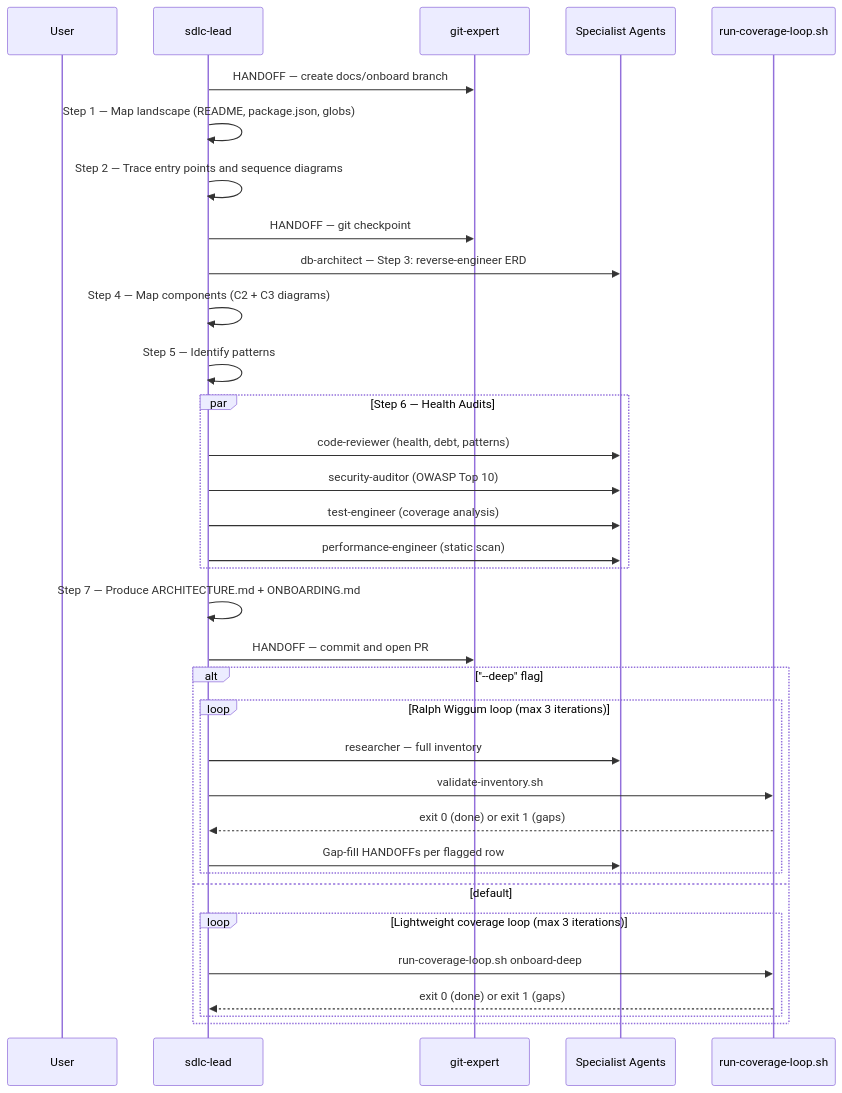
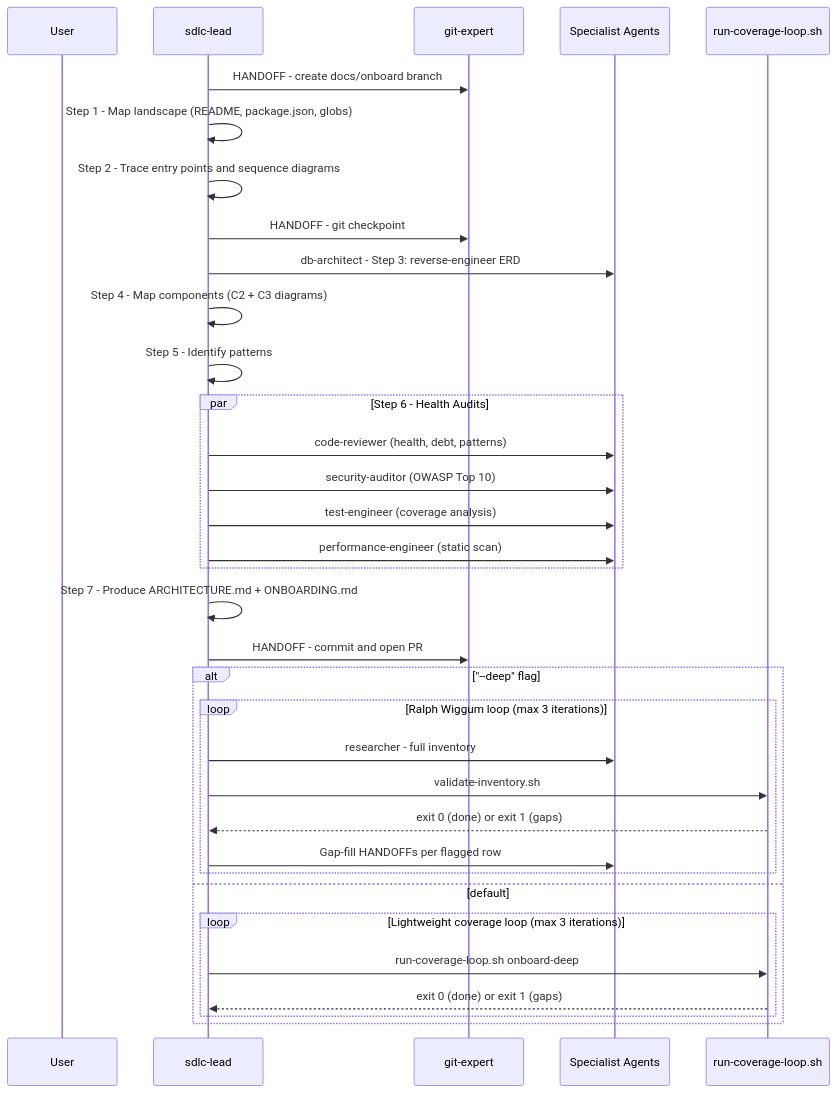
Before and after one commit to bpmforge/attest: the third of 5 diagrams in docs/review/05-agents/02-sdlc-orchestrator.md, drawn with Mermaid. The commit also changed other lines of this file and 28 other files, not shown here.

First line of the commit message:
docs: refresh all docs for v1.1-v1.6 + autofix mermaid in review book

````diff
--- a/docs/review/05-agents/02-sdlc-orchestrator.md
+++ b/docs/review/05-agents/02-sdlc-orchestrator.md
@@ -113,41 +113,41 @@
 ```mermaid
 sequenceDiagram
     participant U as User
     participant LEAD as sdlc-lead
     participant GIT as git-expert
     participant SPEC as Specialist Agents
     participant VAL as run-coverage-loop.sh
 
-    LEAD->>GIT: HANDOFF — create docs/onboard branch
-    LEAD->>LEAD: Step 1 — Map landscape (README, package.json, globs)
-    LEAD->>LEAD: Step 2 — Trace entry points and sequence diagrams
-    LEAD->>GIT: HANDOFF — git checkpoint
+    LEAD->>GIT: HANDOFF - create docs/onboard branch
+    LEAD->>LEAD: Step 1 - Map landscape (README, package.json, globs)
+    LEAD->>LEAD: Step 2 - Trace entry points and sequence diagrams
+    LEAD->>GIT: HANDOFF - git checkpoint
 
-    LEAD->>SPEC: db-architect — Step 3: reverse-engineer ERD
-    LEAD->>LEAD: Step 4 — Map components (C2 + C3 diagrams)
-    LEAD->>LEAD: Step 5 — Identify patterns
+    LEAD->>SPEC: db-architect - Step 3: reverse-engineer ERD
+    LEAD->>LEAD: Step 4 - Map components (C2 + C3 diagrams)
+    LEAD->>LEAD: Step 5 - Identify patterns
 
-    par Step 6 — Health Audits
+    par Step 6 - Health Audits
         LEAD->>SPEC: code-reviewer (health, debt, patterns)
         LEAD->>SPEC: security-auditor (OWASP Top 10)
         LEAD->>SPEC: test-engineer (coverage analysis)
         LEAD->>SPEC: performance-engineer (static scan)
     end
 
-    LEAD->>LEAD: Step 7 — Produce ARCHITECTURE.md + ONBOARDING.md
-    LEAD->>GIT: HANDOFF — commit and open PR
+    LEAD->>LEAD: Step 7 - Produce ARCHITECTURE.md + ONBOARDING.md
+    LEAD->>GIT: HANDOFF - commit and open PR
 
     alt "--deep" flag
         loop Ralph Wiggum loop (max 3 iterations)
-            LEAD->>SPEC: researcher — full inventory
+            LEAD->>SPEC: researcher - full inventory
             LEAD->>VAL: validate-inventory.sh
             VAL-->>LEAD: exit 0 (done) or exit 1 (gaps)
             LEAD->>SPEC: Gap-fill HANDOFFs per flagged row
         end
     else default
         loop Lightweight coverage loop (max 3 iterations)
             LEAD->>VAL: run-coverage-loop.sh onboard-deep
             VAL-->>LEAD: exit 0 (done) or exit 1 (gaps)
         end
     end
 ```
````
